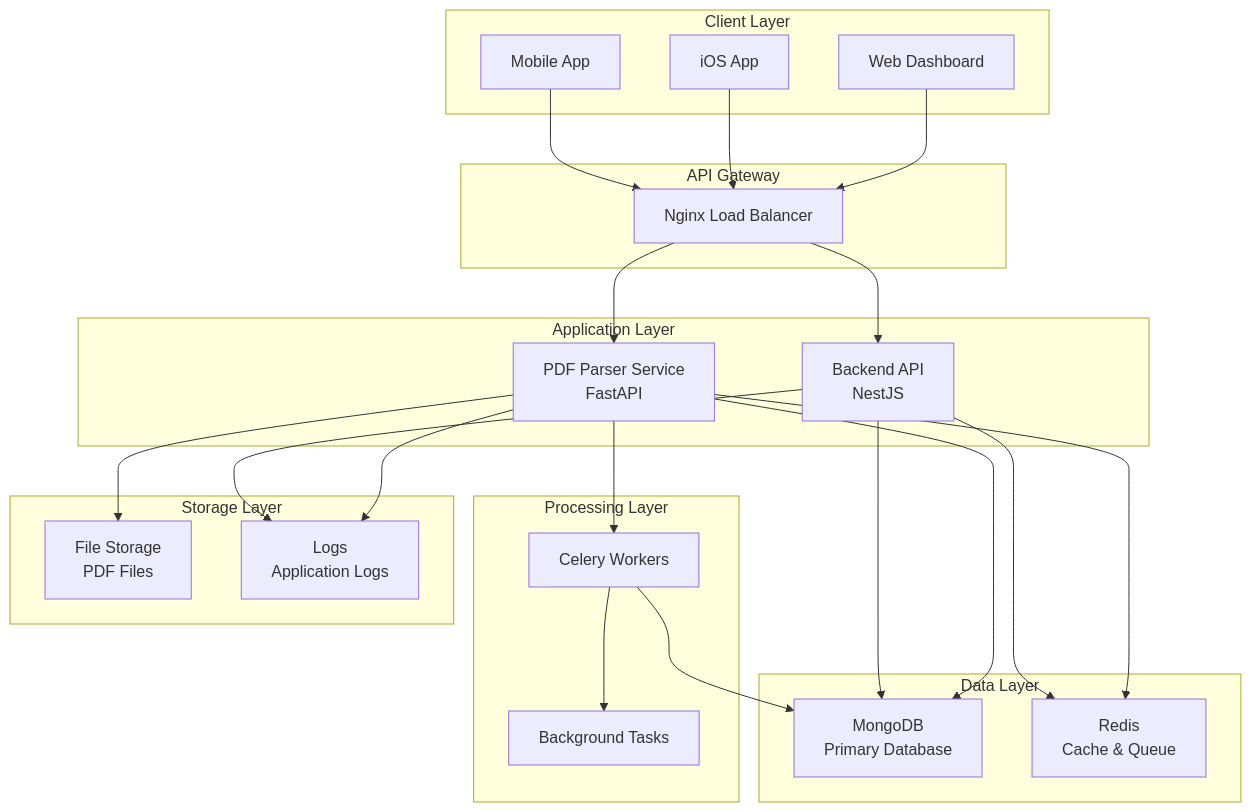
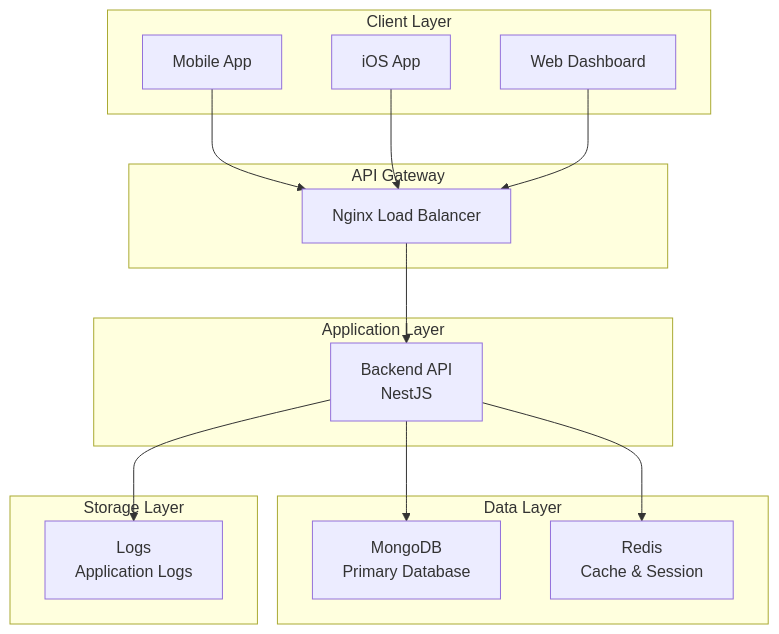
The first of 3 diagrams in ARCHITECTURE.md (tangzzz-fan/NutriGuide_backend_all), drawn with Mermaid before and after one commit. The commit also changed other lines of this file and 11 other files, not shown here.

````diff
--- a/ARCHITECTURE.md
+++ b/ARCHITECTURE.md
@@ -19,48 +18,33 @@
 ```mermaid
 graph TB
     subgraph "Client Layer"
         A[Mobile App]
         B[iOS App]
         C[Web Dashboard]
     end
 
     subgraph "API Gateway"
         D[Nginx Load Balancer]
     end
 
     subgraph "Application Layer"
         E[Backend API<br/>NestJS]
-        F[PDF Parser Service<br/>FastAPI]
-    end
-
-    subgraph "Processing Layer"
-        G[Celery Workers]
-        H[Background Tasks]
     end
 
     subgraph "Data Layer"
         I[MongoDB<br/>Primary Database]
-        J[Redis<br/>Cache & Queue]
+        J[Redis<br/>Cache & Session]
     end
 
     subgraph "Storage Layer"
-        K[File Storage<br/>PDF Files]
         L[Logs<br/>Application Logs]
     end
 
     A --> D
     B --> D
     C --> D
     D --> E
-    D --> F
     E --> I
     E --> J
-    F --> I
-    F --> J
-    F --> G
-    G --> H
-    G --> I
-    F --> K
     E --> L
-    F --> L
 ```
````
